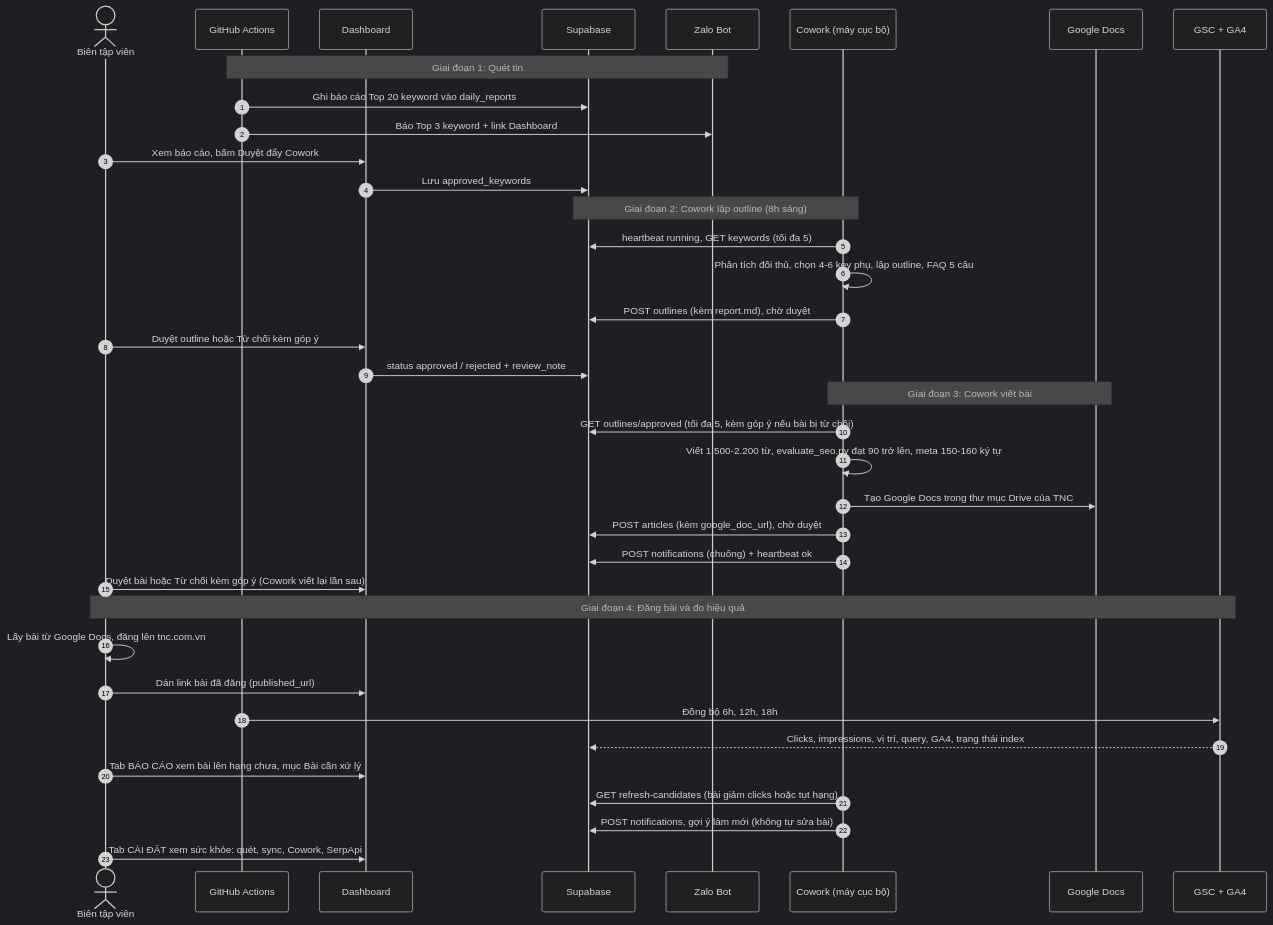
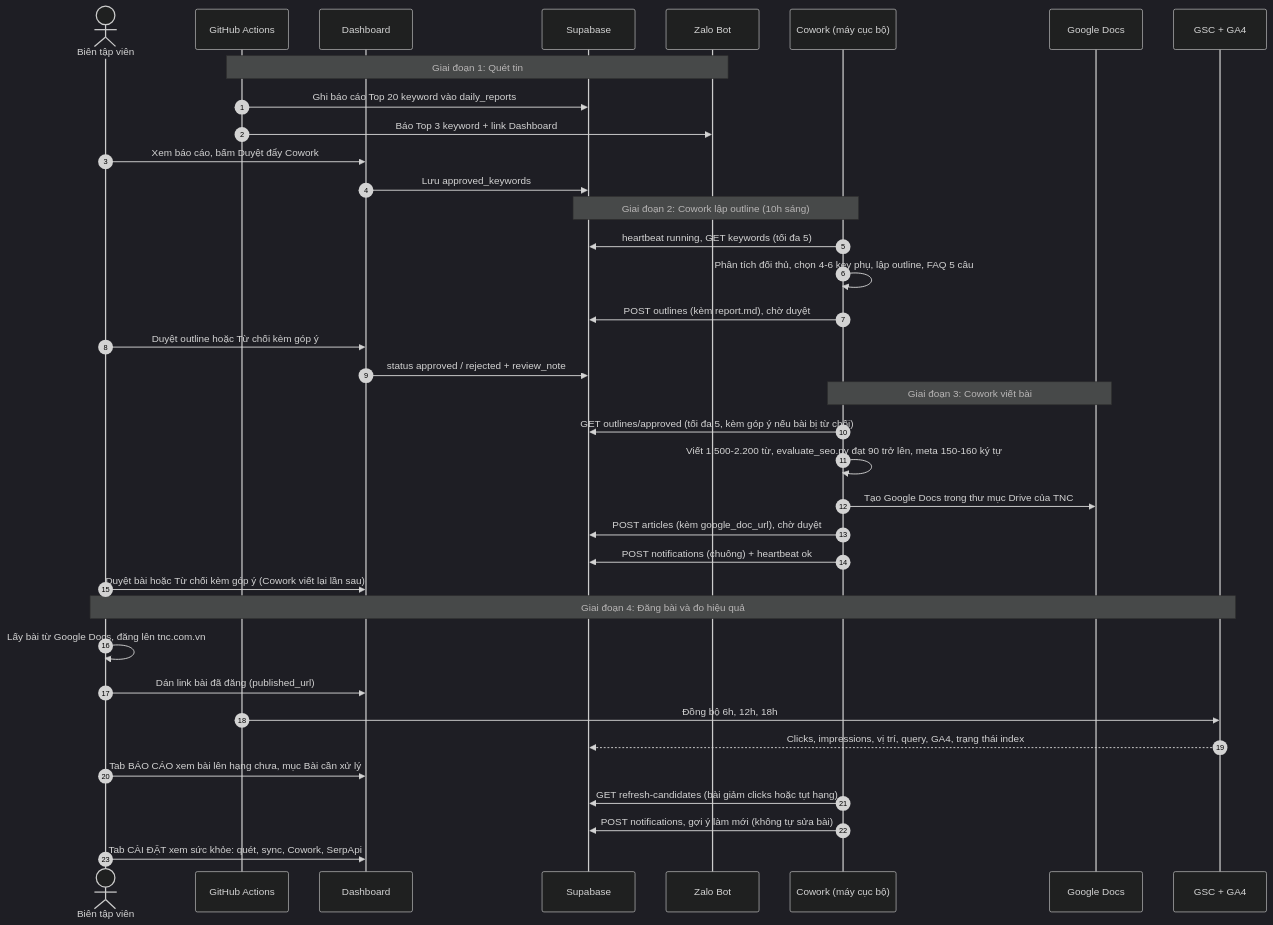
One commit to trantrang674/KEY_TNC changed the second of 2 diagrams in docs/README_SO_DO_HE_THONG.md. Above: the diagram before and after it, drawn with Mermaid (dark theme). The commit also changed other lines of this file and 5 other files, not shown here.

````diff
--- a/docs/README_SO_DO_HE_THONG.md
+++ b/docs/README_SO_DO_HE_THONG.md
@@ -122,43 +122,43 @@
 ```mermaid
 sequenceDiagram
     autonumber
     actor Editor as Biên tập viên
     participant GH as GitHub Actions
     participant UI as Dashboard
     participant SB as Supabase
     participant ZL as Zalo Bot
     participant CW as Cowork (máy cục bộ)
     participant GD as Google Docs
     participant G as GSC + GA4
 
     Note over GH,ZL: Giai đoạn 1: Quét tin
     GH->>SB: Ghi báo cáo Top 20 keyword vào daily_reports
     GH->>ZL: Báo Top 3 keyword + link Dashboard
     Editor->>UI: Xem báo cáo, bấm Duyệt đẩy Cowork
     UI->>SB: Lưu approved_keywords
 
-    Note over CW,SB: Giai đoạn 2: Cowork lập outline (8h sáng)
+    Note over CW,SB: Giai đoạn 2: Cowork lập outline (10h sáng)
     CW->>SB: heartbeat running, GET keywords (tối đa 5)
     CW->>CW: Phân tích đối thủ, chọn 4-6 key phụ, lập outline, FAQ 5 câu
     CW->>SB: POST outlines (kèm report.md), chờ duyệt
     Editor->>UI: Duyệt outline hoặc Từ chối kèm góp ý
     UI->>SB: status approved / rejected + review_note
 
     Note over CW,GD: Giai đoạn 3: Cowork viết bài
     CW->>SB: GET outlines/approved (tối đa 5, kèm góp ý nếu bài bị từ chối)
     CW->>CW: Viết 1.500-2.200 từ, evaluate_seo.py đạt 90 trở lên, meta 150-160 ký tự
     CW->>GD: Tạo Google Docs trong thư mục Drive của TNC
     CW->>SB: POST articles (kèm google_doc_url), chờ duyệt
     CW->>SB: POST notifications (chuông) + heartbeat ok
     Editor->>UI: Duyệt bài hoặc Từ chối kèm góp ý (Cowork viết lại lần sau)
 
     Note over Editor,G: Giai đoạn 4: Đăng bài và đo hiệu quả
     Editor->>Editor: Lấy bài từ Google Docs, đăng lên tnc.com.vn
     Editor->>UI: Dán link bài đã đăng (published_url)
     GH->>G: Đồng bộ 6h, 12h, 18h
     G-->>SB: Clicks, impressions, vị trí, query, GA4, trạng thái index
     Editor->>UI: Tab BÁO CÁO xem bài lên hạng chưa, mục Bài cần xử lý
     CW->>SB: GET refresh-candidates (bài giảm clicks hoặc tụt hạng)
     CW->>SB: POST notifications, gợi ý làm mới (không tự sửa bài)
     Editor->>UI: Tab CÀI ĐẶT xem sức khỏe: quét, sync, Cowork, SerpApi
 ```
````
